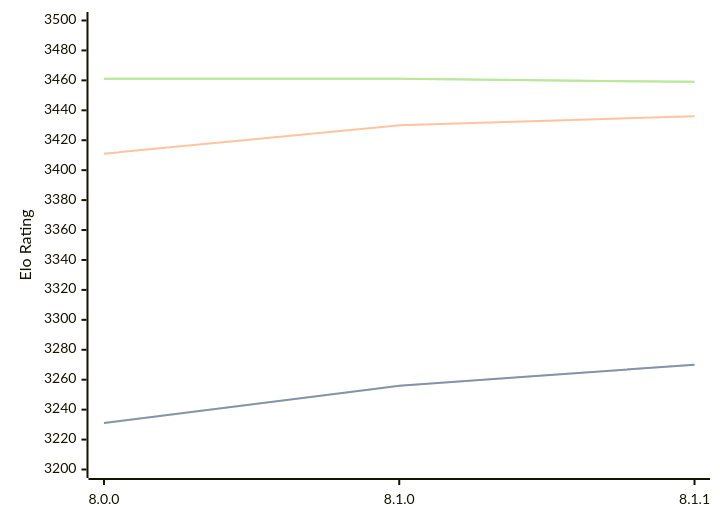
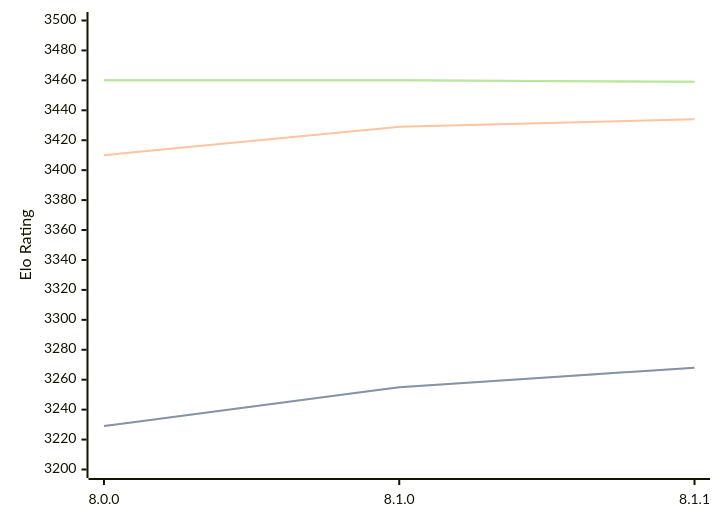
The diagram in engines/Velvet.md (computer-chess-index/cci), drawn with Mermaid before and after one commit. The commit also changed other lines of this file, not shown here.

Commit message:
Update CCI Ratings (ELO VLTC) - 2026-08-04

````diff
--- a/engines/Velvet.md
+++ b/engines/Velvet.md
@@ -57,11 +57,11 @@
 ```mermaid
 %%{init: {"theme":"base","themeVariables":{"seriesColors:['#a3a3a3','#222221','#faa371']}}}%%
 xychart-beta
   x-axis ["8.0.0", "8.1.0", "8.1.1"]
   y-axis "Elo Rating" 3200 --> 3500
-  line "STC (8.0+0.08s)" [3231, 3256, 3270]
-  line "STC (8.0+0.08s)" [3231, 3256, 3270]
-  line "LTC (60.0+0.60s)" [3411, 3430, 3436]
-  line "VLTC (2m24s+1.12s)" [3461, 3461, 3459]
-  line "VLTC (2m24s+1.12s)" [3461, 3461, 3459]
+  line "STC (8.0+0.08s)" [3229, 3255, 3268]
+  line "STC (8.0+0.08s)" [3229, 3255, 3268]
+  line "LTC (60.0+0.60s)" [3410, 3429, 3434]
+  line "VLTC (2m24s+1.12s)" [3460, 3460, 3459]
+  line "VLTC (2m24s+1.12s)" [3460, 3460, 3459]
 ```
````
